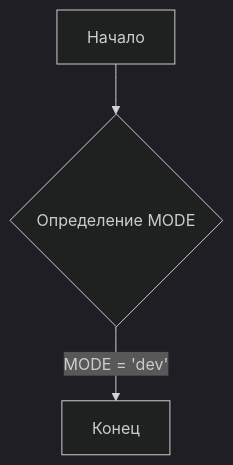
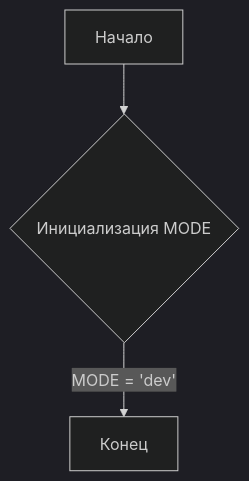
One commit to hypo69/hypo changed the first of 2 diagrams in docs/gemini/ru/explainer/src/translators/__init__.md. Above: the diagram before and after it, drawn with Mermaid (dark theme). The commit also changed other lines of this file and 877 other files, not shown here.

````diff
--- a/docs/gemini/ru/explainer/src/translators/__init__.md
+++ b/docs/gemini/ru/explainer/src/translators/__init__.md
@@ -25,5 +22,5 @@
 ```mermaid
 graph TD
-    A[Начало] --> B{Определение MODE};
+    A[Начало] --> B{Инициализация MODE};
     B -- MODE = 'dev' --> C[Конец];
 ```
````
